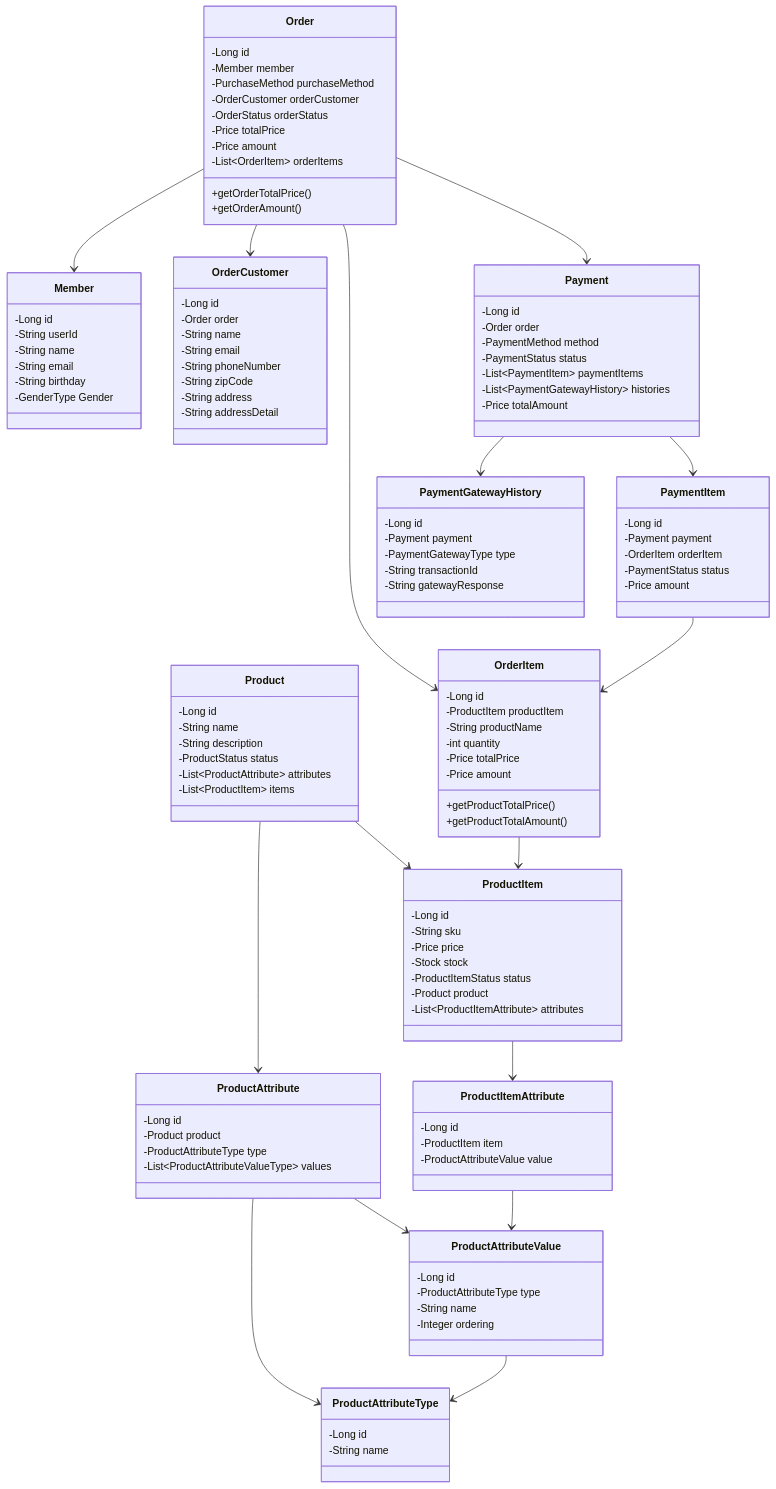
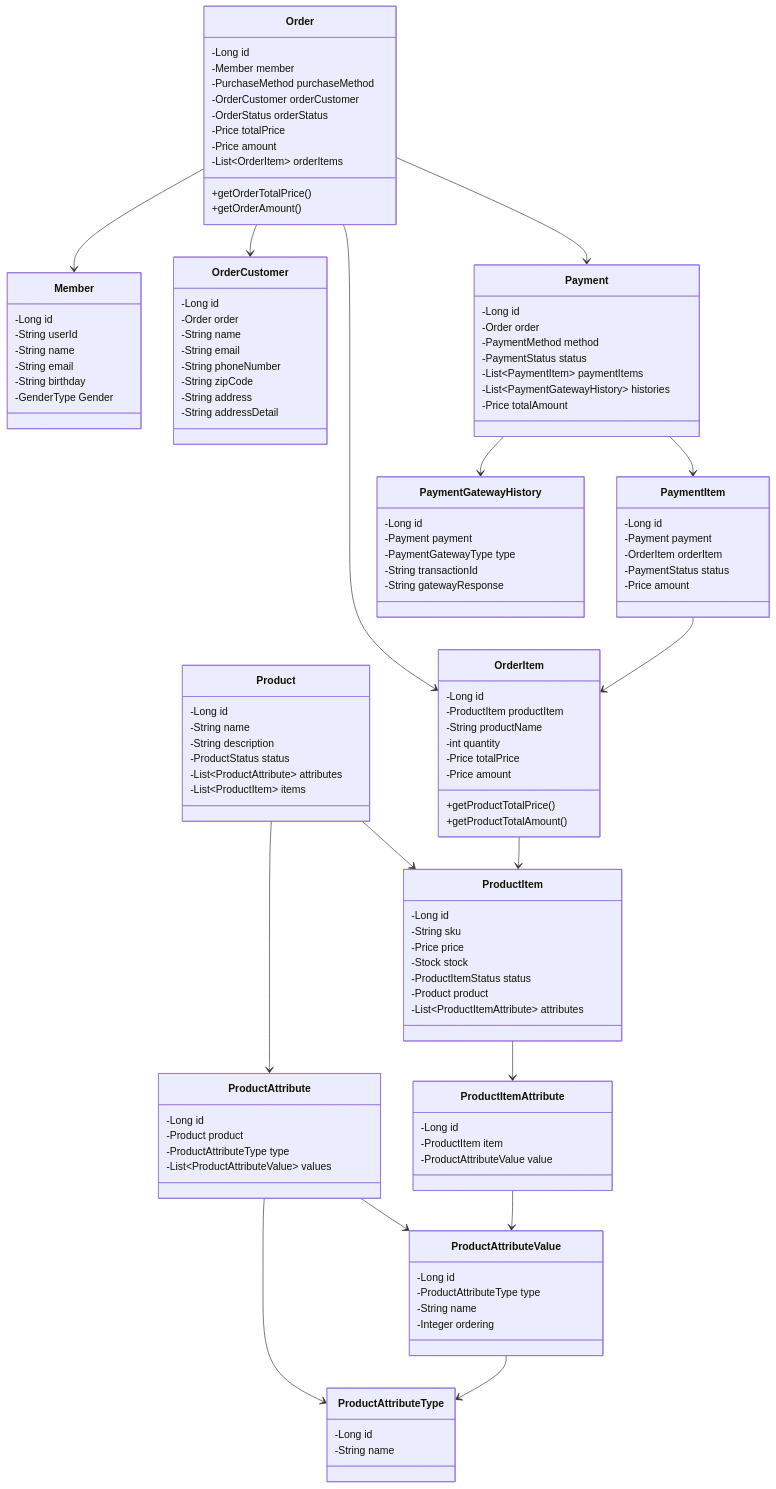
One commit to kiekk/gamsung-commerce changed the third of 3 diagrams in docs/design/03-class-diagrams.md. Above: the diagram before and after it, drawn with Mermaid. The commit also changed other lines of this file, not shown here.

First line of the commit message:
docs: 클래스 다이어그램 추가

```diff
--- a/docs/design/03-class-diagrams.md
+++ b/docs/design/03-class-diagrams.md
@@ -199,7 +222,7 @@
         -Long id
         -Product product
         -ProductAttributeType type
-        -List~ProductAttributeValueType~ values
+        -List~ProductAttributeValue~ values
     }
 %% 상품 아이템 - SKU
     class ProductItem {
```
